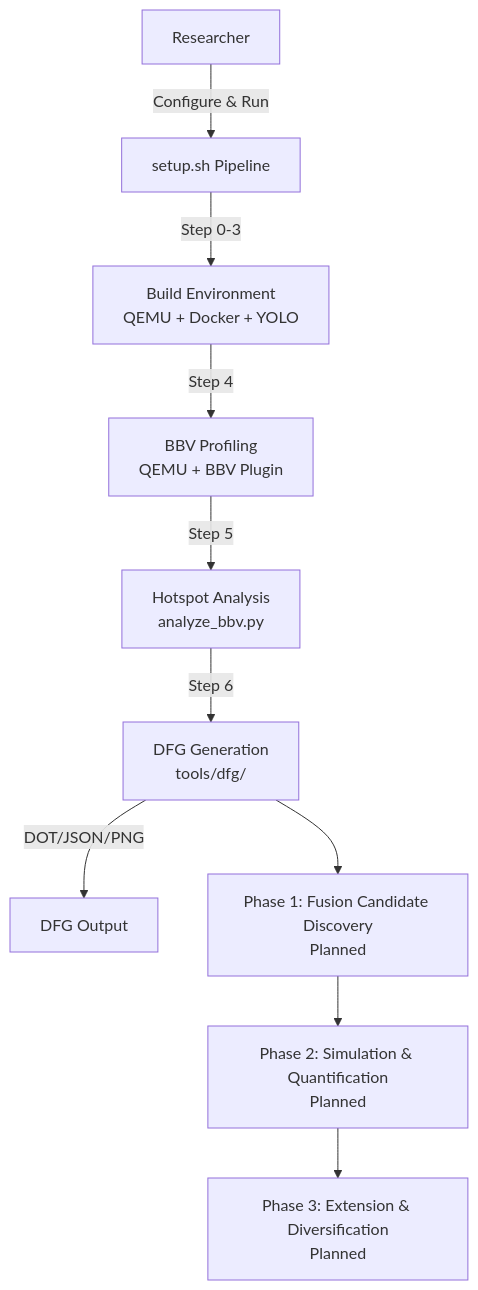
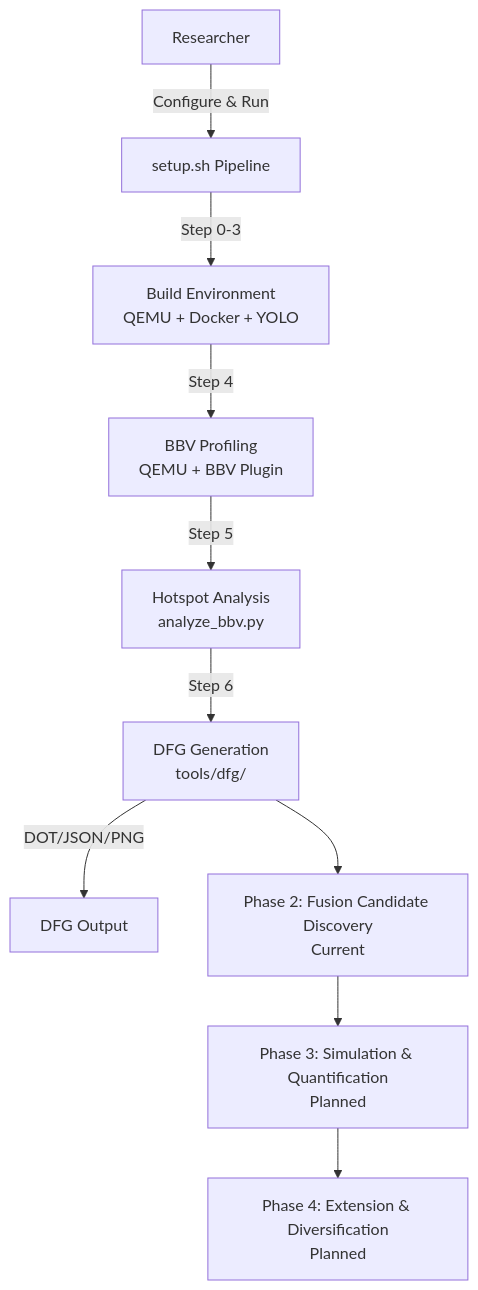
One commit to Satone7/rvfuse changed the first of 3 diagrams in docs/architecture.md. Above: the diagram before and after it, drawn with Mermaid. The commit also changed other lines of this file and 2 other files, not shown here.

First line of the commit message:
docs: add Phase 2 feature roadmap and renumber phases

````diff
--- a/docs/architecture.md
+++ b/docs/architecture.md
@@ -73,12 +73,12 @@
 ```mermaid
 graph TB
     Researcher[Researcher] -->|Configure & Run| SetupPipeline[setup.sh Pipeline]
     SetupPipeline -->|Step 0-3| BuildEnv[Build Environment<br/>QEMU + Docker + YOLO]
     BuildEnv -->|Step 4| BBVProfiling[BBV Profiling<br/>QEMU + BBV Plugin]
     BBVProfiling -->|Step 5| HotspotReport[Hotspot Analysis<br/>analyze_bbv.py]
     HotspotReport -->|Step 6| DFGEngine[DFG Generation<br/>tools/dfg/]
     DFGEngine -->|DOT/JSON/PNG| Output[DFG Output]
-    DFGEngine --> Phase1[Phase 1: Fusion Candidate Discovery<br/>Planned]
-    Phase1 --> Phase2[Phase 2: Simulation & Quantification<br/>Planned]
-    Phase2 --> Phase3[Phase 3: Extension & Diversification<br/>Planned]
+    DFGEngine --> Phase2[Phase 2: Fusion Candidate Discovery<br/>Current]
+    Phase2 --> Phase3[Phase 3: Simulation & Quantification<br/>Planned]
+    Phase3 --> Phase4[Phase 4: Extension & Diversification<br/>Planned]
 ```
````
